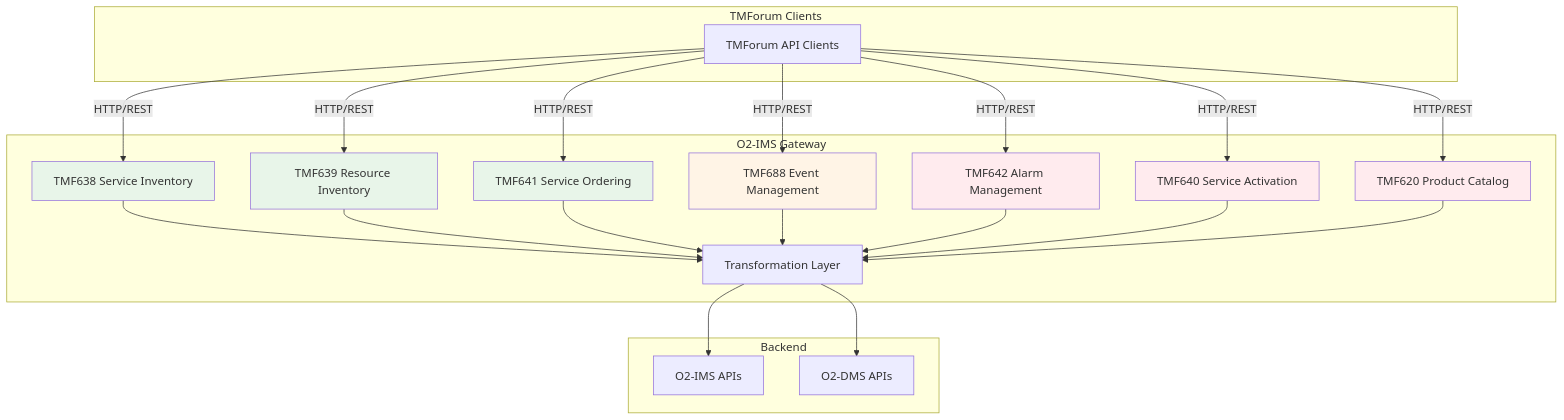
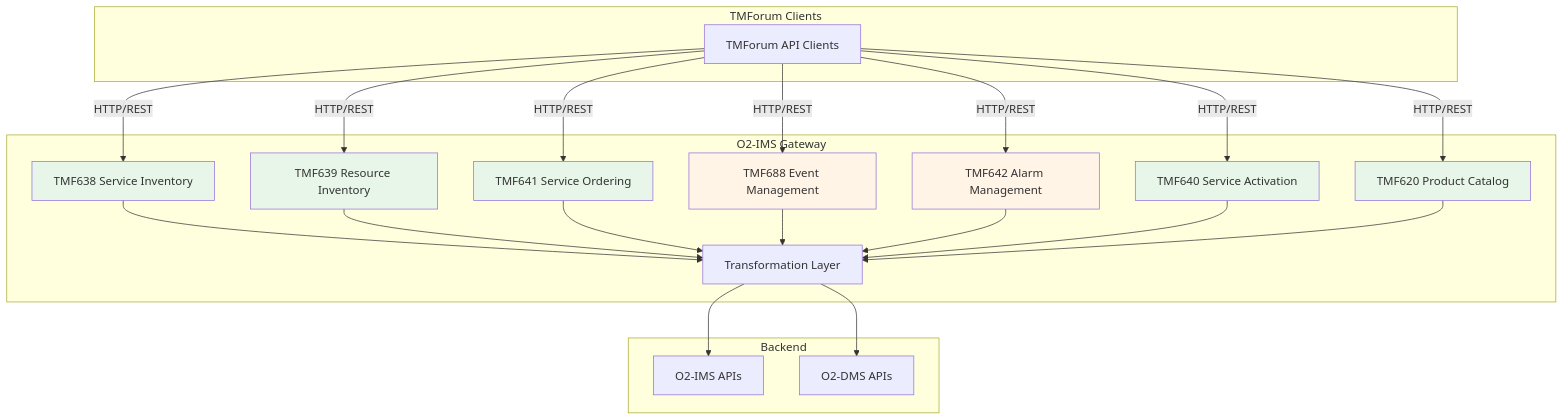
The diagram in docs/tmforum-implementation-status.md (piwi3910/netweave), drawn with Mermaid before and after one commit. The commit also changed other lines of this file, not shown here.

````diff
--- a/docs/tmforum-implementation-status.md
+++ b/docs/tmforum-implementation-status.md
@@ -11,50 +11,50 @@
 ```mermaid
 graph TB
     subgraph "TMForum Clients"
         TMF[TMForum API Clients]
     end
 
     subgraph "O2-IMS Gateway"
         TMF638[TMF638 Service Inventory]
         TMF639[TMF639 Resource Inventory]
         TMF641[TMF641 Service Ordering]
         TMF688[TMF688 Event Management]
         TMF642[TMF642 Alarm Management]
         TMF640[TMF640 Service Activation]
         TMF620[TMF620 Product Catalog]
 
         Transform[Transformation Layer]
     end
 
     subgraph "Backend"
         O2IMS[O2-IMS APIs]
         O2DMS[O2-DMS APIs]
     end
 
     TMF -->|HTTP/REST| TMF638
     TMF -->|HTTP/REST| TMF639
     TMF -->|HTTP/REST| TMF641
     TMF -->|HTTP/REST| TMF688
     TMF -->|HTTP/REST| TMF642
     TMF -->|HTTP/REST| TMF640
     TMF -->|HTTP/REST| TMF620
 
     TMF638 --> Transform
     TMF639 --> Transform
     TMF641 --> Transform
     TMF688 --> Transform
     TMF642 --> Transform
     TMF640 --> Transform
     TMF620 --> Transform
 
     Transform --> O2IMS
     Transform --> O2DMS
 
     style TMF638 fill:#e8f5e9
     style TMF639 fill:#e8f5e9
     style TMF641 fill:#e8f5e9
     style TMF688 fill:#fff4e6
-    style TMF642 fill:#ffebee
-    style TMF640 fill:#ffebee
-    style TMF620 fill:#ffebee
+    style TMF642 fill:#fff4e6
+    style TMF640 fill:#e8f5e9
+    style TMF620 fill:#e8f5e9
 ```
````
